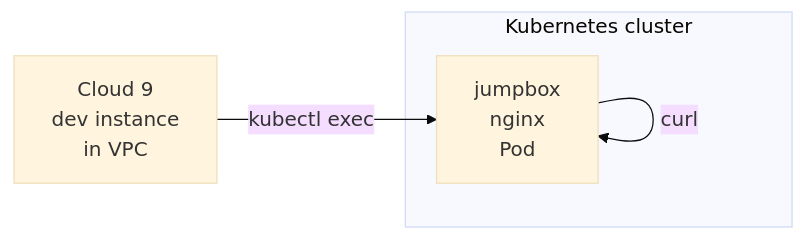
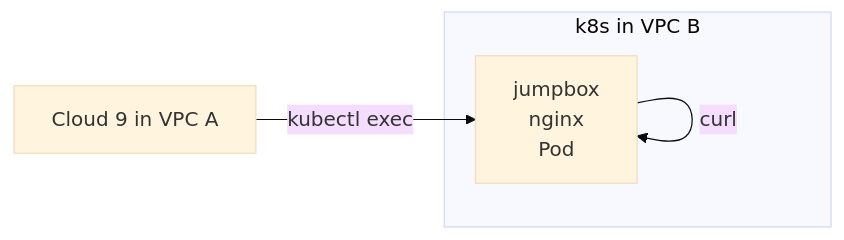
The second of 5 diagrams in content/023_services/_index.md (amcginlay/k8s-primer), drawn with Mermaid (base theme) before and after one commit. The commit also changed other lines of this file, not shown here.

```diff
--- a/content/023_services/_index.md
+++ b/content/023_services/_index.md
@@ -239,9 +69,9 @@
 {{< mermaid >}}
 graph LR
-cloud9[Cloud 9<br>dev instance<br>in VPC]
-subgraph k8s-cluster[Kubernetes cluster]
+cloud9[Cloud 9 in VPC A]
+subgraph k8s-cluster[k8s in VPC B]
   jumpbox[jumpbox<br>nginx<br>Pod]
 end
 cloud9 -->|kubectl exec| jumpbox
 jumpbox -->|curl| jumpbox
 {{< /mermaid >}}
```
